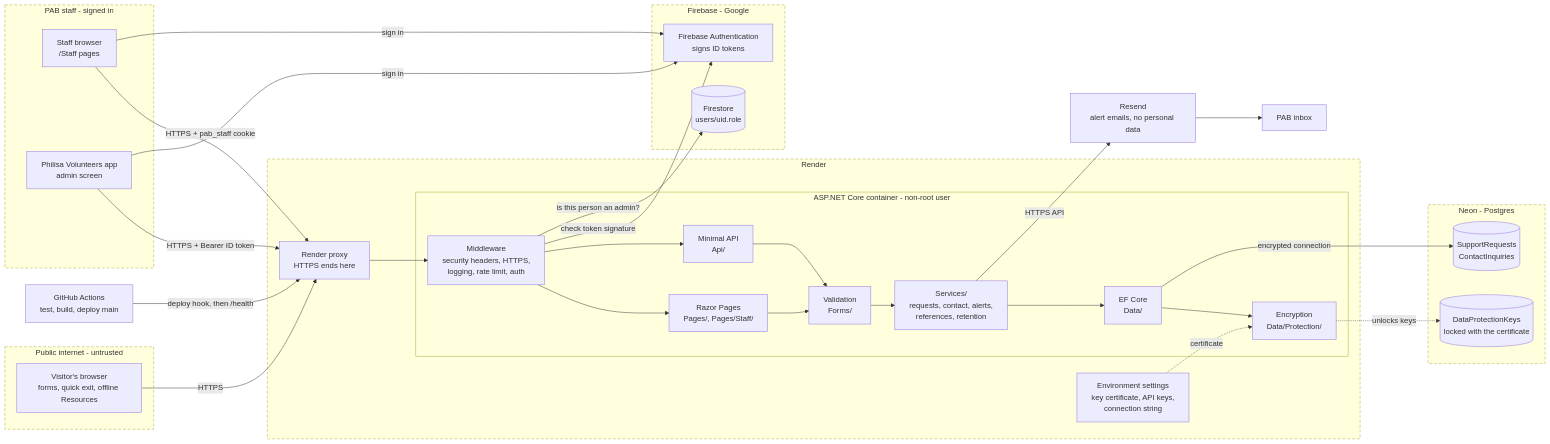
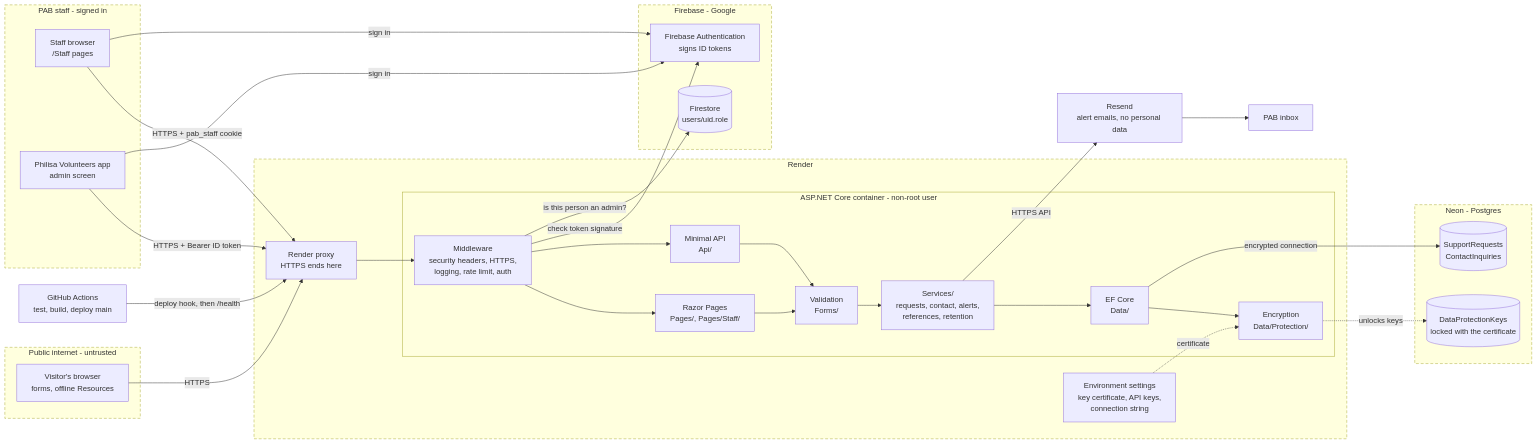
The first of 3 diagrams in docs/ARCHITECTURE.md (Kwethukubonga/PAB_WebApp), drawn with Mermaid before and after one commit. The commit also changed 14 other files, not shown here.

Commit message:
Remove the quick exit button and the Esc-twice shortcut

````diff
--- a/docs/ARCHITECTURE.md
+++ b/docs/ARCHITECTURE.md
@@ -13,66 +13,66 @@
 ```mermaid
 flowchart LR
     subgraph Public["Public internet - untrusted"]
-        Visitor["Visitor's browser<br/>forms, quick exit, offline Resources"]
+        Visitor["Visitor's browser<br/>forms, offline Resources"]
     end
 
     subgraph StaffSide["PAB staff - signed in"]
         StaffBrowser["Staff browser<br/>/Staff pages"]
         AndroidAdmin["Philisa Volunteers app<br/>admin screen"]
     end
 
     subgraph Render["Render"]
         Proxy["Render proxy<br/>HTTPS ends here"]
         Secrets["Environment settings<br/>key certificate, API keys,<br/>connection string"]
         subgraph App["ASP.NET Core container - non-root user"]
             Pipeline["Middleware<br/>security headers, HTTPS,<br/>logging, rate limit, auth"]
             Pages["Razor Pages<br/>Pages/, Pages/Staff/"]
             Api["Minimal API<br/>Api/"]
             Forms["Validation<br/>Forms/"]
             Services["Services/<br/>requests, contact, alerts,<br/>references, retention"]
             Protect["Encryption<br/>Data/Protection/"]
             Db["EF Core<br/>Data/"]
         end
     end
 
     subgraph Neon["Neon - Postgres"]
         Tables[("SupportRequests<br/>ContactInquiries")]
         Keys[("DataProtectionKeys<br/>locked with the certificate")]
     end
 
     subgraph Google["Firebase - Google"]
         FbAuth["Firebase Authentication<br/>signs ID tokens"]
         Firestore[("Firestore<br/>users/uid.role")]
     end
 
     Resend["Resend<br/>alert emails, no personal data"]
     Inbox["PAB inbox"]
     GitHub["GitHub Actions<br/>test, build, deploy main"]
 
     Visitor -- "HTTPS" --> Proxy
     StaffBrowser -- "HTTPS + pab_staff cookie" --> Proxy
     AndroidAdmin -- "HTTPS + Bearer ID token" --> Proxy
     StaffBrowser -- "sign in" --> FbAuth
     AndroidAdmin -- "sign in" --> FbAuth
 
     Proxy --> Pipeline
     Pipeline --> Pages
     Pipeline --> Api
     Pages --> Forms
     Api --> Forms
     Forms --> Services
     Services --> Db
     Db --> Protect
     Secrets -. "certificate" .-> Protect
     Protect -. "unlocks keys" .-> Keys
     Db -- "encrypted connection" --> Tables
 
     Pipeline -- "check token signature" --> FbAuth
     Pipeline -- "is this person an admin?" --> Firestore
     Services -- "HTTPS API" --> Resend
     Resend --> Inbox
     GitHub -- "deploy hook, then /health" --> Proxy
 
     classDef boundary stroke-dasharray: 6 4
     class Public,StaffSide,Render,Neon,Google boundary
 ```
````
